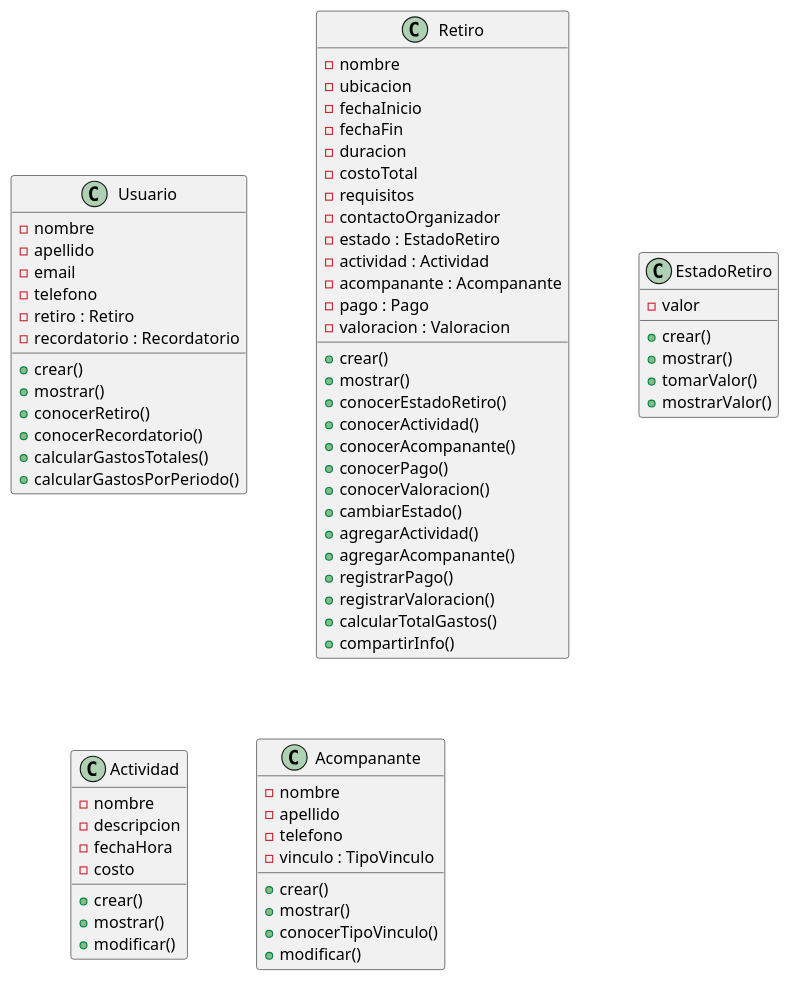
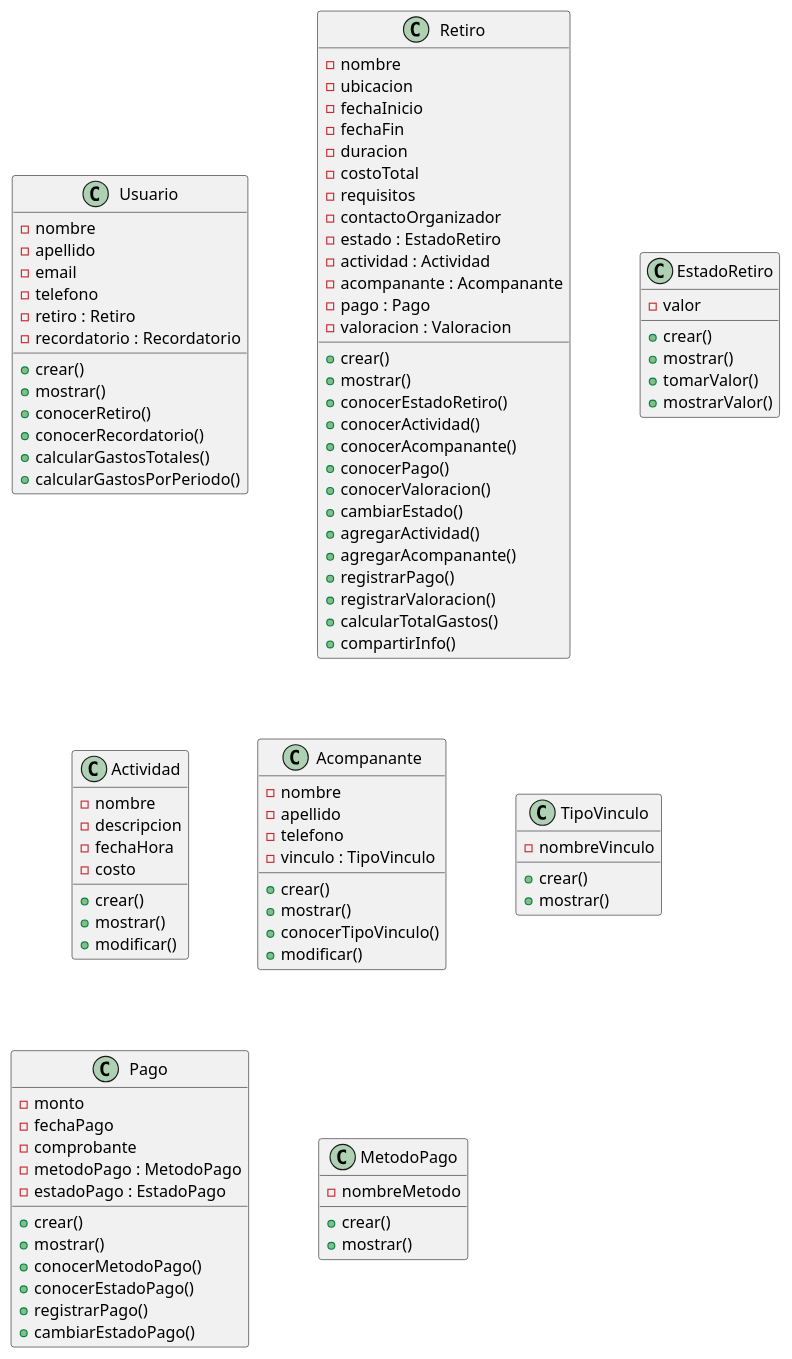
One commit to Luca-Tittarelli/tpi-asi changed the diagram in retiro.puml. Above: the diagram before and after it, drawn with PlantUML.

Commit message:
Agregar clases TipoVinculo, Pago y MetodoPago

```diff
--- a/retiro.puml
+++ b/retiro.puml
@@ -1,79 +1,104 @@
 @startuml Retiros
 
 skinparam linetype ortho
 skinparam nodesep 60
 skinparam ranksep 70
 
 class Usuario {
   - nombre
   - apellido
   - email
   - telefono
   - retiro : Retiro
   - recordatorio : Recordatorio
   + crear()
   + mostrar()
   + conocerRetiro()
   + conocerRecordatorio()
   + calcularGastosTotales()
   + calcularGastosPorPeriodo()
 }
 
 class Retiro {
   - nombre
   - ubicacion
   - fechaInicio
   - fechaFin
   - duracion
   - costoTotal
   - requisitos
   - contactoOrganizador
   - estado : EstadoRetiro
   - actividad : Actividad
   - acompanante : Acompanante
   - pago : Pago
   - valoracion : Valoracion
   + crear()
   + mostrar()
   + conocerEstadoRetiro()
   + conocerActividad()
   + conocerAcompanante()
   + conocerPago()
   + conocerValoracion()
   + cambiarEstado()
   + agregarActividad()
   + agregarAcompanante()
   + registrarPago()
   + registrarValoracion()
   + calcularTotalGastos()
   + compartirInfo()
 }
 class EstadoRetiro {
   - valor
   + crear()
   + mostrar()
   + tomarValor()
   + mostrarValor()
 }
 
 class Actividad {
   - nombre
   - descripcion
   - fechaHora
   - costo
   + crear()
   + mostrar()
   + modificar()
 }
 
 class Acompanante {
   - nombre
   - apellido
   - telefono
   - vinculo : TipoVinculo
   + crear()
   + mostrar()
   + conocerTipoVinculo()
   + modificar()
 }
+class TipoVinculo {
+  - nombreVinculo
+  + crear()
+  + mostrar()
+}
+
+class Pago {
+  - monto
+  - fechaPago
+  - comprobante
+  - metodoPago : MetodoPago
+  - estadoPago : EstadoPago
+  + crear()
+  + mostrar()
+  + conocerMetodoPago()
+  + conocerEstadoPago()
+  + registrarPago()
+  + cambiarEstadoPago()
+}
+
+class MetodoPago {
+  - nombreMetodo
+  + crear()
+  + mostrar()
+}
 @enduml
```
